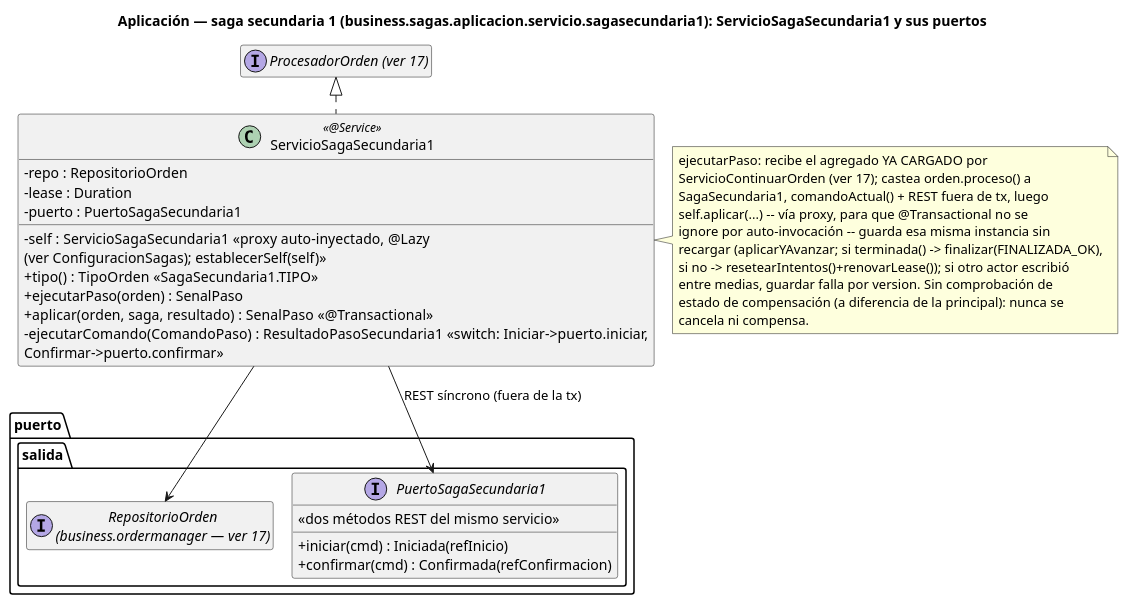
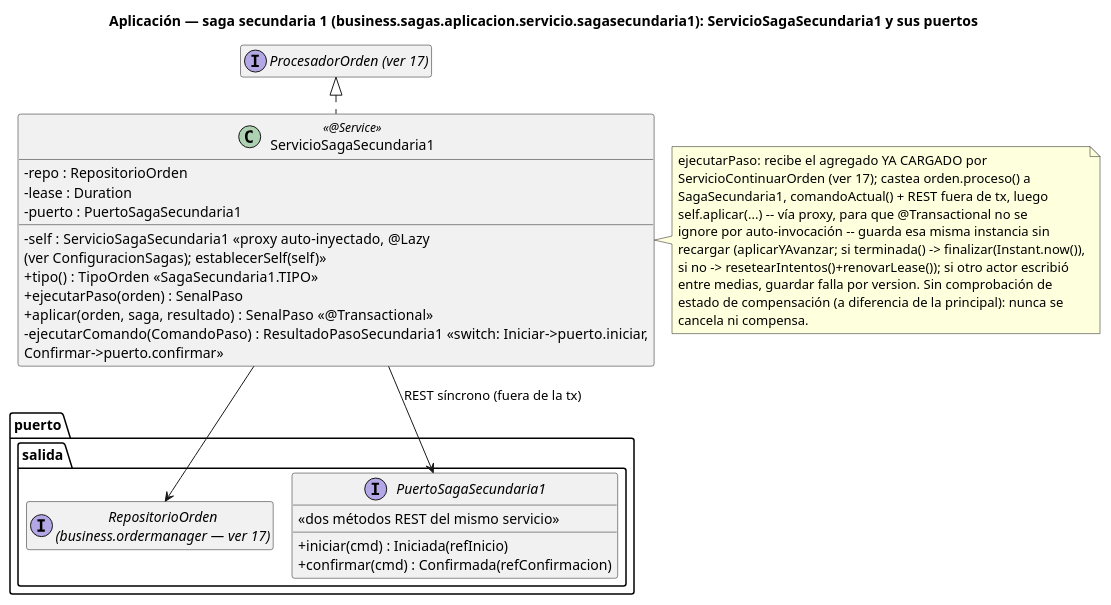
The diagram in order-manager/docs/19-clases-aplicacion-saga-secundaria1.puml (ralcazar/patrones), drawn with PlantUML before and after one commit. The commit also changed 24 other files, not shown here.

First line of the commit message:
Diagramas: sincronizar ResultadoOrden/FINALIZADA_OK con completadaEn

```diff
--- a/order-manager/docs/19-clases-aplicacion-saga-secundaria1.puml
+++ b/order-manager/docs/19-clases-aplicacion-saga-secundaria1.puml
@@ -1,44 +1,44 @@
 @startuml 19-clases-aplicacion-saga-secundaria1
 title Aplicación — saga secundaria 1 (business.sagas.aplicacion.servicio.sagasecundaria1): ServicioSagaSecundaria1 y sus puertos
 !pragma layout smetana
 hide empty members
 skinparam classAttributeIconSize 0
 
 interface "ProcesadorOrden (ver 17)" as Base
 
 class ServicioSagaSecundaria1 <<@Service>> {
   -repo : RepositorioOrden
   -lease : Duration
   -puerto : PuertoSagaSecundaria1
   -self : ServicioSagaSecundaria1  «proxy auto-inyectado, @Lazy\n(ver ConfiguracionSagas); establecerSelf(self)»
   +tipo() : TipoOrden  «SagaSecundaria1.TIPO»
   +ejecutarPaso(orden) : SenalPaso
   +aplicar(orden, saga, resultado) : SenalPaso  «@Transactional»
   -ejecutarComando(ComandoPaso) : ResultadoPasoSecundaria1  «switch: Iniciar->puerto.iniciar,\nConfirmar->puerto.confirmar»
 }
 note right of ServicioSagaSecundaria1
   ejecutarPaso: recibe el agregado YA CARGADO por
   ServicioContinuarOrden (ver 17); castea orden.proceso() a
   SagaSecundaria1, comandoActual() + REST fuera de tx, luego
   self.aplicar(...) -- vía proxy, para que @Transactional no se
   ignore por auto-invocación -- guarda esa misma instancia sin
-  recargar (aplicarYAvanzar; si terminada() -> finalizar(FINALIZADA_OK),
+  recargar (aplicarYAvanzar; si terminada() -> finalizar(Instant.now()),
   si no -> resetearIntentos()+renovarLease()); si otro actor escribió
   entre medias, guardar falla por version. Sin comprobación de
   estado de compensación (a diferencia de la principal): nunca se
   cancela ni compensa.
 end note
 
 package "puerto.salida" {
   interface "RepositorioOrden\n(business.ordermanager — ver 17)" as RepositorioOrden
   interface PuertoSagaSecundaria1 {
     +iniciar(cmd) : Iniciada(refInicio)
     +confirmar(cmd) : Confirmada(refConfirmacion)
     «dos métodos REST del mismo servicio»
   }
 }
 
 Base <|.. ServicioSagaSecundaria1
 ServicioSagaSecundaria1 --> RepositorioOrden
 ServicioSagaSecundaria1 --> PuertoSagaSecundaria1 : REST síncrono (fuera de la tx)
 @enduml
```
